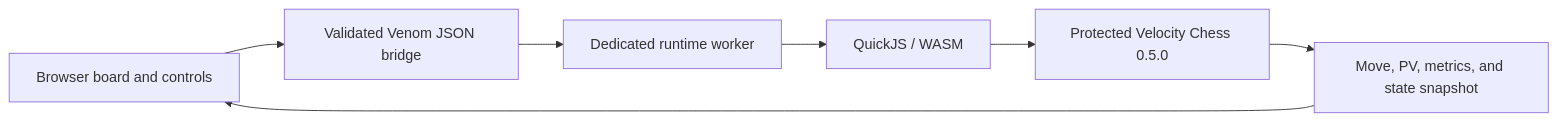
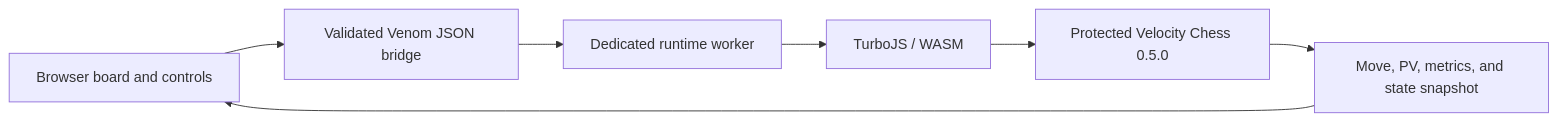
Before and after one commit to Ascension-Digital-Technologies/Venom: the diagram in examples/protected-chess/README.md, drawn with Mermaid. The commit also changed other lines of this file and 1105 other files, not shown here.

````diff
--- a/examples/protected-chess/README.md
+++ b/examples/protected-chess/README.md
@@ -26,9 +26,9 @@
 ```mermaid
 flowchart LR
   UI[Browser board and controls] --> BRIDGE[Validated Venom JSON bridge]
   BRIDGE --> WORKER[Dedicated runtime worker]
-  WORKER --> QJS[QuickJS / WASM]
-  QJS --> VELOCITY[Protected Velocity Chess 0.5.0]
+  WORKER --> TJS[TurboJS / WASM]
+  TJS --> VELOCITY[Protected Velocity Chess 0.5.0]
   VELOCITY --> RESULT[Move, PV, metrics, and state snapshot]
   RESULT --> UI
 ```
````
